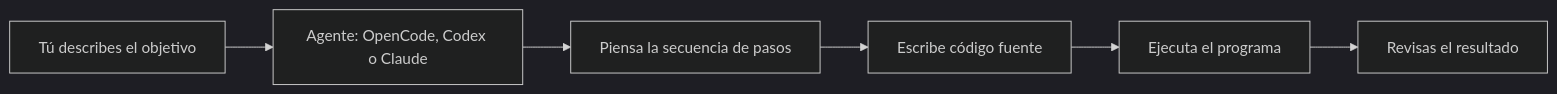
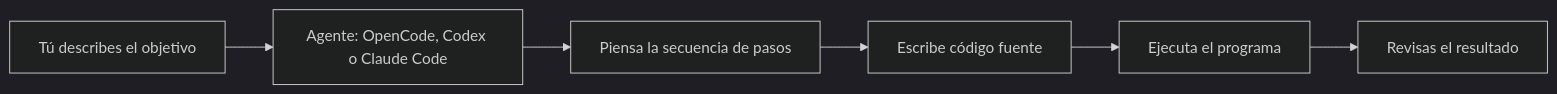
The diagram in src/content/docs/01-fundamentos-tecnologicos/03-programacion.md (harrysxavio/gentle-ai-manual), drawn with Mermaid (dark theme) before and after one commit. The commit also changed other lines of this file and 4 other files, not shown here.

````diff
--- a/src/content/docs/01-fundamentos-tecnologicos/03-programacion.md
+++ b/src/content/docs/01-fundamentos-tecnologicos/03-programacion.md
@@ -175,8 +175,8 @@
 ```mermaid
 flowchart LR
-    P["Tú describes el objetivo"] --> A["Agente: OpenCode, Codex o Claude"]
+    P["Tú describes el objetivo"] --> A["Agente: OpenCode, Codex o Claude Code"]
     A --> S["Piensa la secuencia de pasos"]
     S --> C["Escribe código fuente"]
     C --> R["Ejecuta el programa"]
     R --> V["Revisas el resultado"]
 ```
````
